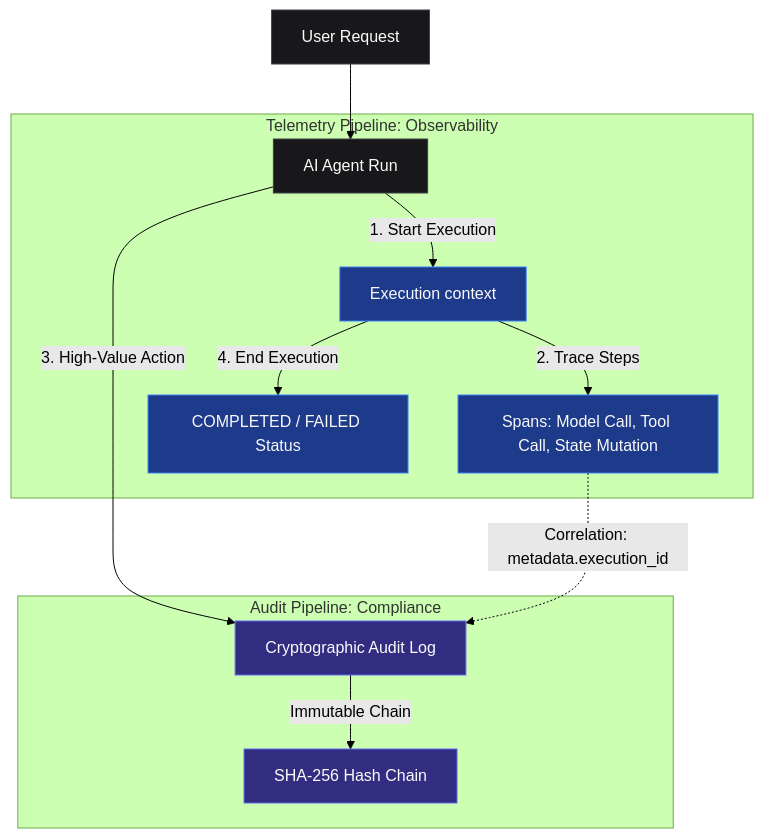
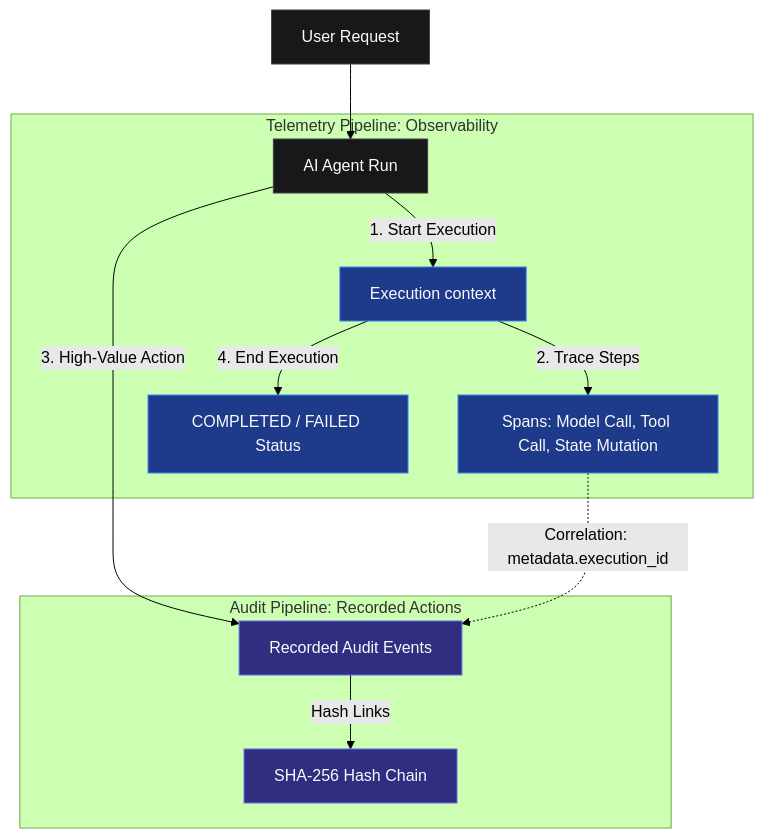
The diagram in docs/concepts/audit-vs-telemetry.mdx (fact0-ai/fact0), drawn with Mermaid (forest theme) before and after one commit. The commit also changed other lines of this file and 458 other files, not shown here.

````diff
--- a/docs/concepts/audit-vs-telemetry.mdx
+++ b/docs/concepts/audit-vs-telemetry.mdx
@@ -17,22 +17,22 @@
 ```mermaid
 graph TD
     Request[User Request] --> Agent[AI Agent Run]
     
     subgraph Telemetry Pipeline [Telemetry Pipeline: Observability]
         Agent -->|1. Start Execution| Exec[Execution context]
         Exec -->|2. Trace Steps| Spans[Spans: Model Call, Tool Call, State Mutation]
         Exec -->|4. End Execution| ExecEnd[COMPLETED / FAILED Status]
     end
     
-    subgraph Audit Pipeline [Audit Pipeline: Compliance]
-        Agent -->|3. High-Value Action| AuditLog[Cryptographic Audit Log]
-        AuditLog -->|Immutable Chain| Ledger[SHA-256 Hash Chain]
+    subgraph Audit Pipeline [Audit Pipeline: Recorded Actions]
+        Agent -->|3. High-Value Action| AuditLog[Recorded Audit Events]
+        AuditLog -->|Hash Links| Ledger[SHA-256 Hash Chain]
     end
     
     Spans -.->|Correlation: metadata.execution_id| AuditLog
     classDef default fill:#18181b,stroke:#3f3f46,stroke-width:1px,color:#fafafa;
     classDef telemetry fill:#1e3a8a,stroke:#3b82f6,color:#fafafa;
     classDef audit fill:#312e81,stroke:#6366f1,color:#fafafa;
     class Exec,Spans,ExecEnd telemetry;
     class AuditLog,Ledger audit;
 ```
````
